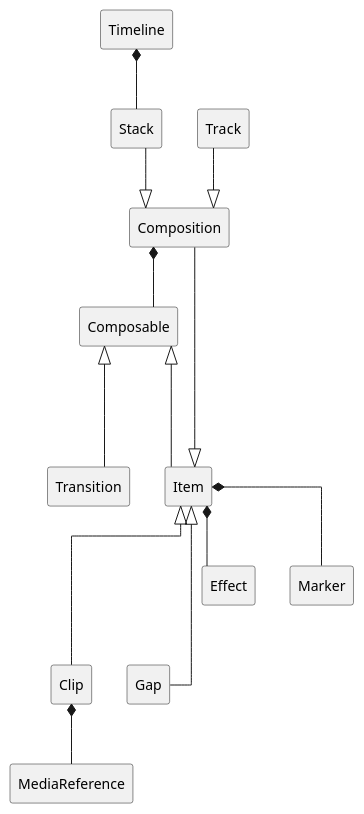
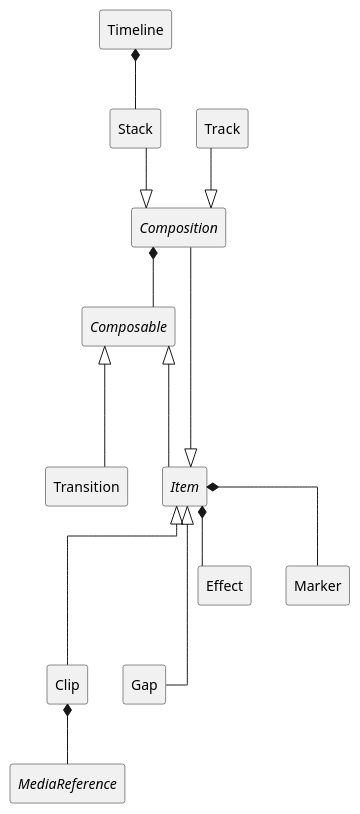
The first of 34 diagrams in src/main/md/otio-core.md (sandflow/otio-core-specification), drawn with PlantUML before and after one commit. The commit also changed other lines of this file, not shown here.

````diff
--- a/src/main/md/otio-core.md
+++ b/src/main/md/otio-core.md
@@ -19,53 +19,52 @@
 ```puml
 @startuml
 hide empty members
 hide circle
 skinparam classAttributeIconSize 0
 skinparam linetype ortho
 skinparam padding 5
 hide circle
 
 class Timeline [[#object-model-Timeline]]
 
 class Clip [[#object-model-Clip]]
 class Gap [[#object-model-Gap]]
 
-
-class Composition [[#object-model-Composition]]
-class Composable [[#object-model-Composable]]
+abstract class Composition [[#object-model-Composition]]
+abstract class Composable [[#object-model-Composable]]
 
 together {
   class Transition [[#object-model-Transition]]
-  class Item [[#object-model-Item]]
+  abstract class Item [[#object-model-Item]]
 }
 
 
 class Effect [[#object-model-Effect]]
 class Marker [[#object-model-Marker]]
 
 
 class Stack [[#object-model-Stack]]
 class Track [[#object-model-Track]]
-class MediaReference [[#object-model-MediaReference]]
+abstract class MediaReference [[#object-model-MediaReference]]
 
 Timeline *-- Stack
 
 Track --|> Composition
 Stack --|> Composition
 
 Composable <|--- Item
 Composable <|--- Transition
 
 Composition *-- Composable
 
 Item <|--- Clip
 Item <|--- Gap
 Composition ---|> Item
 
 Item *-- Marker
 Item *-- Effect
 
 Clip *-- MediaReference
 
 @enduml
 ```
````
